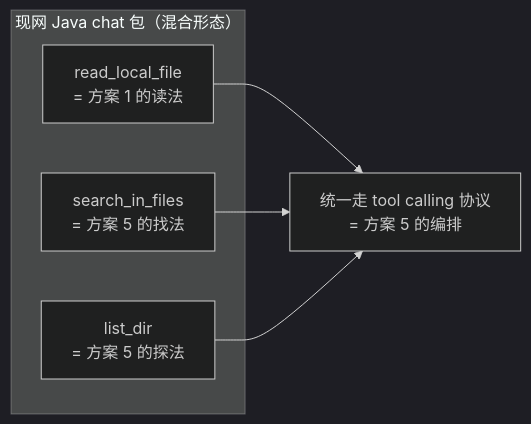
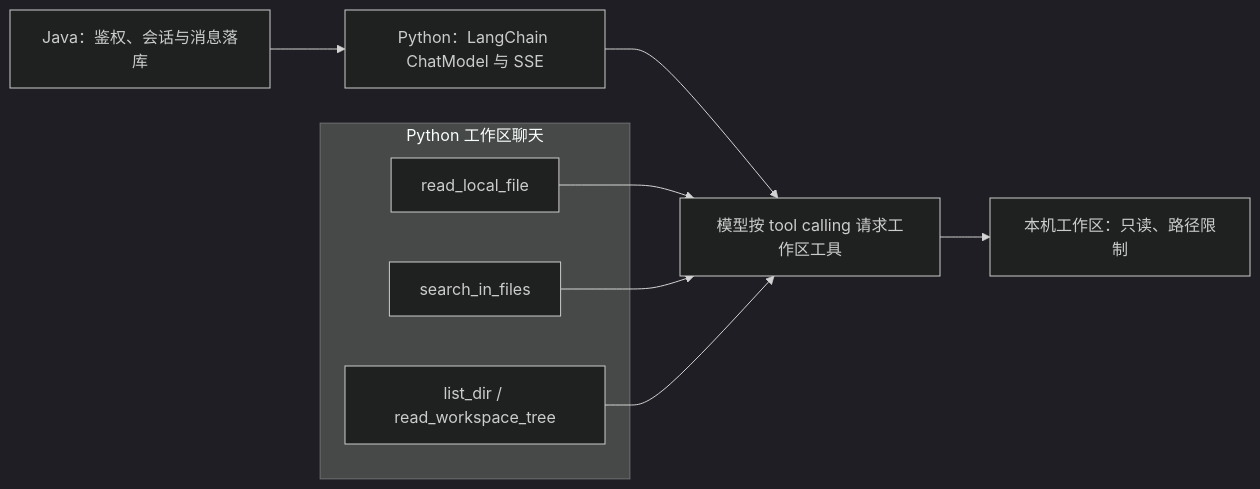
The eighth of 8 diagrams in docs/取文件方式-流程对比.md (elaysia-feng/ai-resume), drawn with Mermaid (dark theme) before and after one commit. The commit also changed other lines of this file and 127 other files, not shown here.

````diff
--- a/docs/取文件方式-流程对比.md
+++ b/docs/取文件方式-流程对比.md
@@ -283,11 +283,14 @@
 ```mermaid
 flowchart LR
-    subgraph MIX["现网 Java chat 包（混合形态）"]
-        T1["read_local_file<br/>= 方案 1 的读法"]
-        T2["search_in_files<br/>= 方案 5 的找法"]
-        T3["list_dir<br/>= 方案 5 的探法"]
+    subgraph MIX["Python 工作区聊天"]
+        T1["read_local_file"]
+        T2["search_in_files"]
+        T3["list_dir / read_workspace_tree"]
     end
-    T1 --> MIX2["统一走 tool calling 协议<br/>= 方案 5 的编排"]
+    BE["Java：鉴权、会话与消息落库"] --> AI["Python：LangChain ChatModel 与 SSE"]
+    AI --> MIX2["模型按 tool calling 请求工作区工具"]
+    T1 --> MIX2
     T2 --> MIX2
     T3 --> MIX2
+    MIX2 --> FS["本机工作区：只读、路径限制"]
 ```
````
